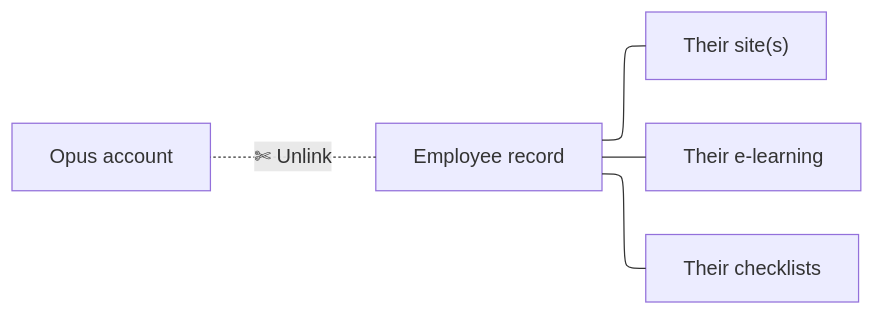
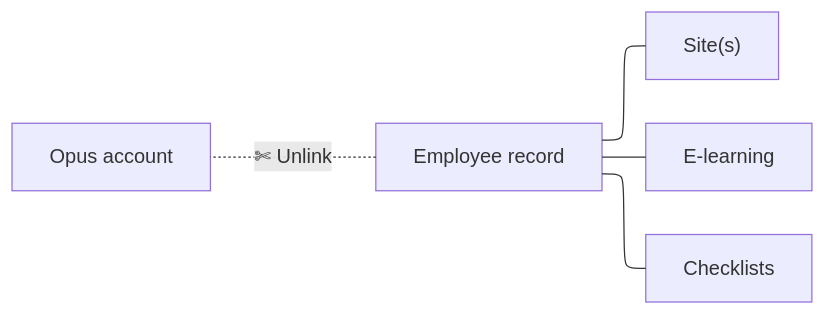
The diagram in docs/drafts/unlinking-an-employee.md (opus-safety/opus-knowledge-base), drawn with Mermaid before and after one commit.

Commit message:
Update unlinking an employee
Published via More Buttons Chrome Extension

````diff
--- a/docs/drafts/unlinking-an-employee.md
+++ b/docs/drafts/unlinking-an-employee.md
@@ -21,19 +21,19 @@
     ```mermaid
     ---
     config:
       layout: elk
     ---
     flowchart RL
-        n3["Their site(s)"] --- n2["Employee record"]
-        n4["Their e-learning"] --- n2
-        n5["Their checklists"] --- n2
+        n3["Site(s)"] --- n2["Employee record"]
+        n4["E-learning"] --- n2
+        n5["Checklists"] --- n2
         n2 -. ✄ Unlink .- n1["Opus account"]
 
         n3@{ shape: rect}
         n2@{ shape: rect}
         n4@{ shape: rect}
         n5@{ shape: rect}
         n1@{ shape: rect}
         classDef question stroke:#6b7280,fill:#f3f4f6,stroke-width:2px
         classDef action stroke:#16a34a,fill:#dcfce7,stroke-width:2px
     ```
````
